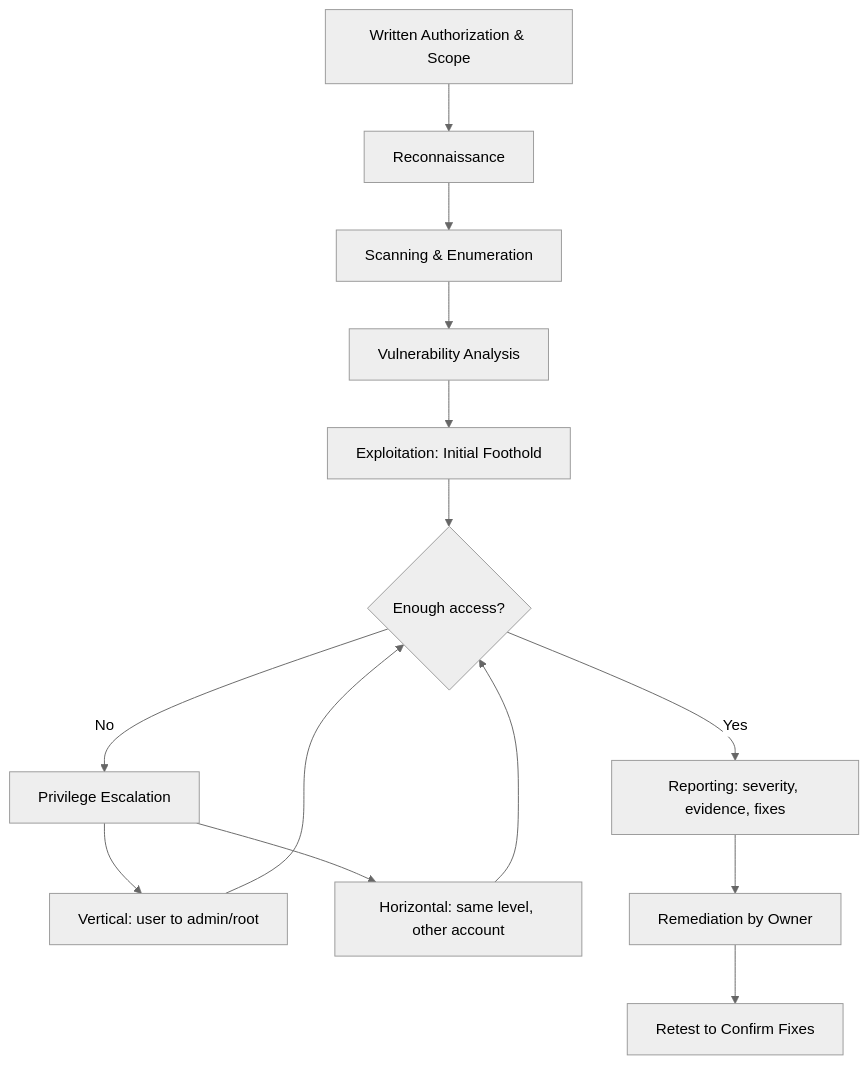
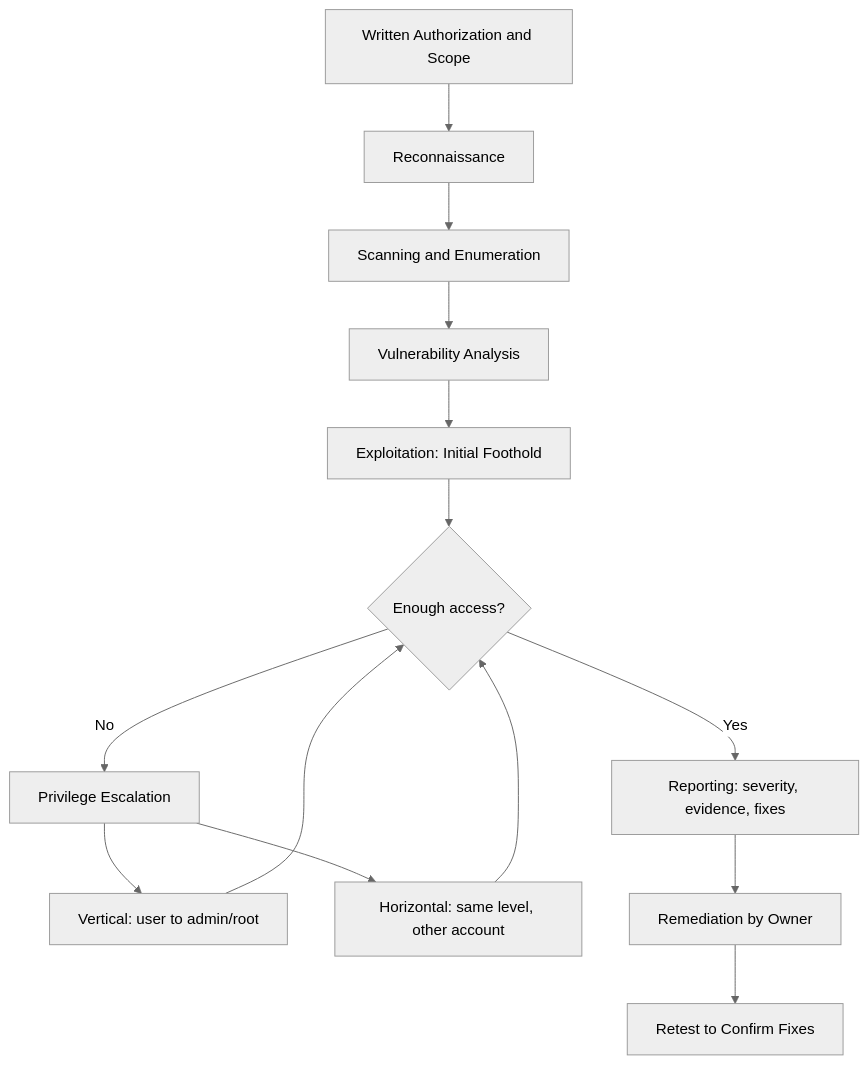
Before and after one commit to AbhisHub-12/ccsp: the second of 5 diagrams in 01-ethical-hacking-foundation/module-05-exploitation-and-penetration-testing.md, drawn with Mermaid (neutral theme). The commit also changed other lines of this file and 13 other files, not shown here.

First line of the commit message:
Enhance modules with visuals: more diagrams, tables, images, callouts

````diff
--- a/01-ethical-hacking-foundation/module-05-exploitation-and-penetration-testing.md
+++ b/01-ethical-hacking-foundation/module-05-exploitation-and-penetration-testing.md
@@ -110,16 +159,16 @@
 ```mermaid
 flowchart TD
-    A[Written Authorization & Scope] --> B[Reconnaissance]
-    B --> C[Scanning & Enumeration]
+    A[Written Authorization and Scope] --> B[Reconnaissance]
+    B --> C[Scanning and Enumeration]
     C --> D[Vulnerability Analysis]
     D --> E[Exploitation: Initial Foothold]
     E --> F{Enough access?}
     F -- No --> G[Privilege Escalation]
     G --> G1[Vertical: user to admin/root]
     G --> G2[Horizontal: same level, other account]
     G1 --> F
     G2 --> F
     F -- Yes --> H[Reporting: severity, evidence, fixes]
     H --> I[Remediation by Owner]
     I --> J[Retest to Confirm Fixes]
 ```
````
